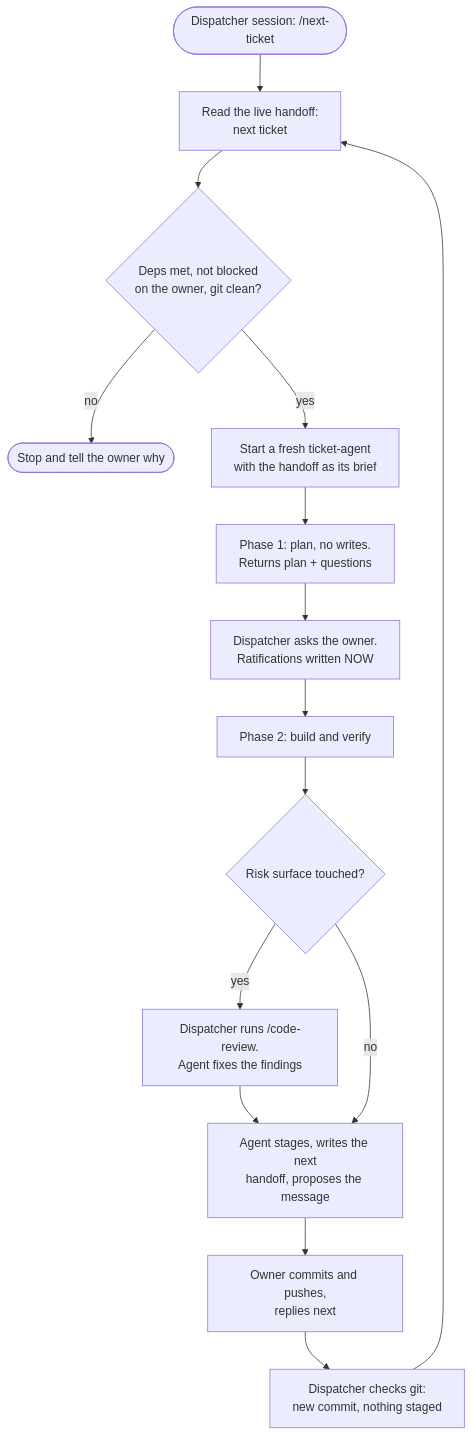
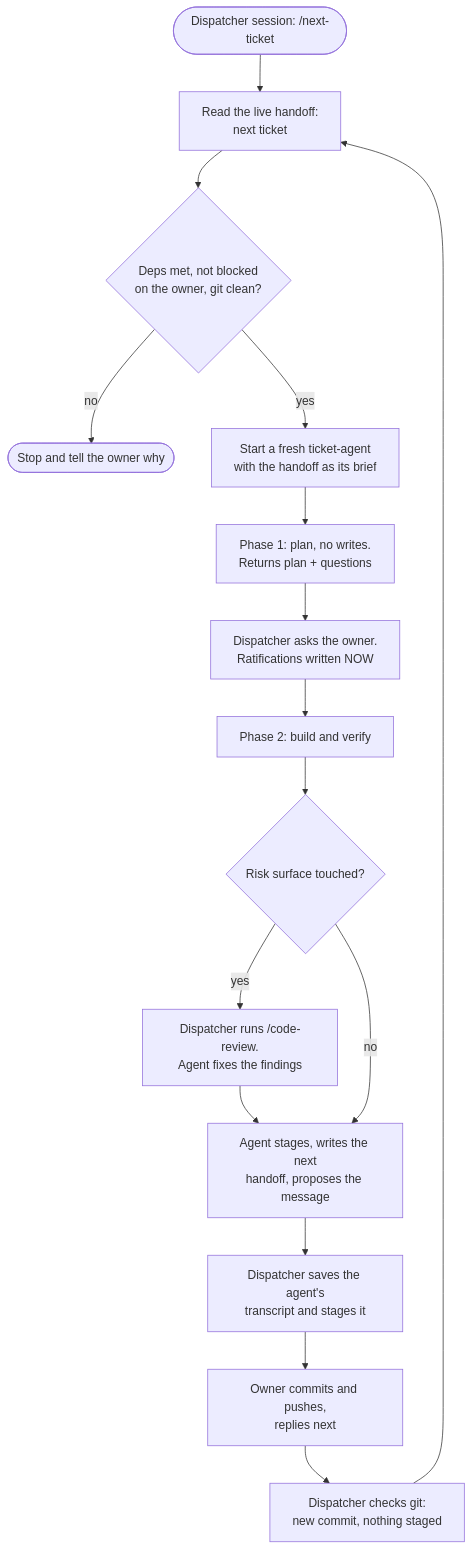
Before and after one commit to FNF60/Claude-Starter-Kit: the second of 4 diagrams in WORKFLOW.md, drawn with Mermaid. The commit also changed other lines of this file and 9 other files, not shown here.

Commit message:
Save a transcript per ticket: save-agent for ticket-agent transcripts, dropped-prompt parser fix, LF output

````diff
--- a/WORKFLOW.md
+++ b/WORKFLOW.md
@@ -102,17 +103,18 @@
 ```mermaid
 flowchart TD
     A([Dispatcher session: /next-ticket]) --> B[Read the live handoff:<br/>next ticket]
     B --> C{Deps met, not blocked<br/>on the owner, git clean?}
     C -- no --> X([Stop and tell the owner why])
     C -- yes --> D[Start a fresh ticket-agent<br/>with the handoff as its brief]
     D --> E[Phase 1: plan, no writes.<br/>Returns plan + questions]
     E --> F[Dispatcher asks the owner.<br/>Ratifications written NOW]
     F --> G[Phase 2: build and verify]
     G --> H{Risk surface touched?}
     H -- yes --> I[Dispatcher runs /code-review.<br/>Agent fixes the findings]
     I --> J
     H -- no --> J[Agent stages, writes the next<br/>handoff, proposes the message]
-    J --> K[Owner commits and pushes,<br/>replies next]
+    J --> T[Dispatcher saves the agent's<br/>transcript and stages it]
+    T --> K[Owner commits and pushes,<br/>replies next]
     K --> L[Dispatcher checks git:<br/>new commit, nothing staged]
     L --> B
 ```
````
